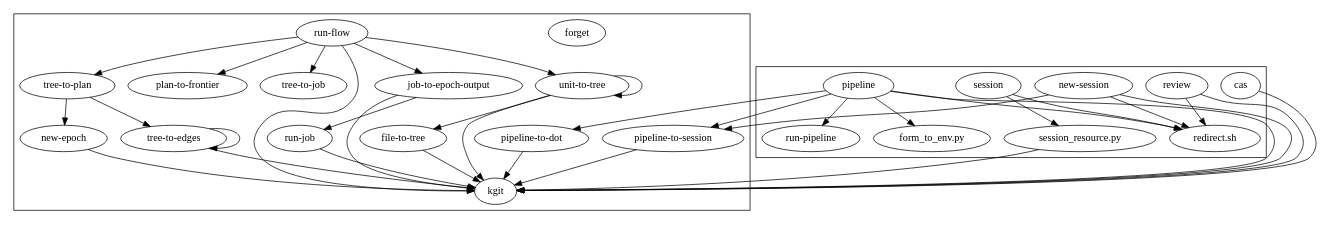
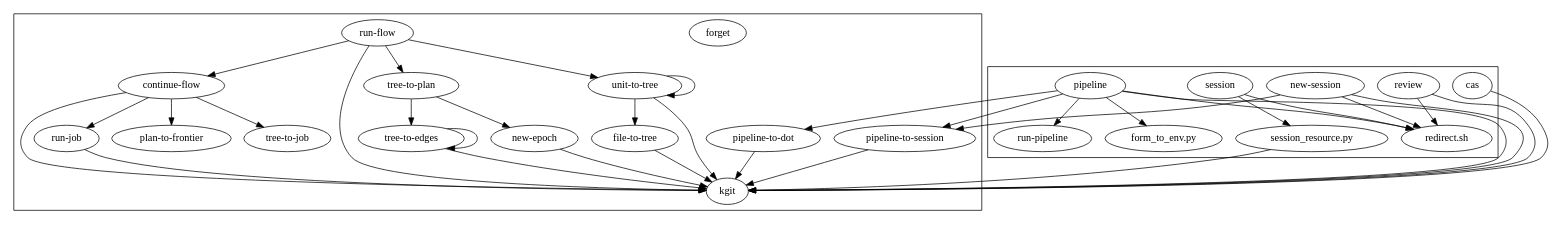
One commit to rob-sokolowski/knit changed the diagram in commands.dot. Above: the diagram before and after it, drawn with Graphviz. The commit also changed 5 other files, not shown here.

Commit message:
epoch in job, add test, split continue-flow

```diff
--- a/commands.dot
+++ b/commands.dot
@@ -1,26 +1,26 @@
 // gvpr -c 'N[$.name=="kgit"]{delete(root, $)}' commands.dot | dot -Tx11
 
 digraph G {
     subgraph cluster_root {
         forget;
         "pipeline-to-dot" -> kgit;
         "pipeline-to-session" -> kgit;
         "new-epoch" -> kgit;
         "file-to-tree" -> kgit;
         "run-job" -> kgit;
-        "job-to-epoch-output" -> { kgit "run-job" };
         "unit-to-tree" -> { "unit-to-tree" "file-to-tree" kgit };
         "tree-to-edges" -> { kgit "tree-to-edges" };
         "tree-to-plan" -> { "tree-to-edges" "new-epoch" };
-        "run-flow" -> { "unit-to-tree" kgit "tree-to-plan" "plan-to-frontier" "tree-to-job" "job-to-epoch-output" };
+        "run-flow" -> { "unit-to-tree" kgit "tree-to-plan" "continue-flow" };
+        "continue-flow" -> { kgit "plan-to-frontier" "tree-to-job" "run-job" };
     }
 
     subgraph cluster_cgibin {
         cas -> kgit;
         "new-session" -> { kgit "pipeline-to-session" "redirect.sh" };
         pipeline -> { kgit "pipeline-to-session" "form_to_env.py" "run-pipeline" "redirect.sh" "pipeline-to-dot" };
         review -> { "redirect.sh" kgit };
         session -> { "redirect.sh" "session_resource.py" };
         "session_resource.py" -> kgit;
     }
 }
```
